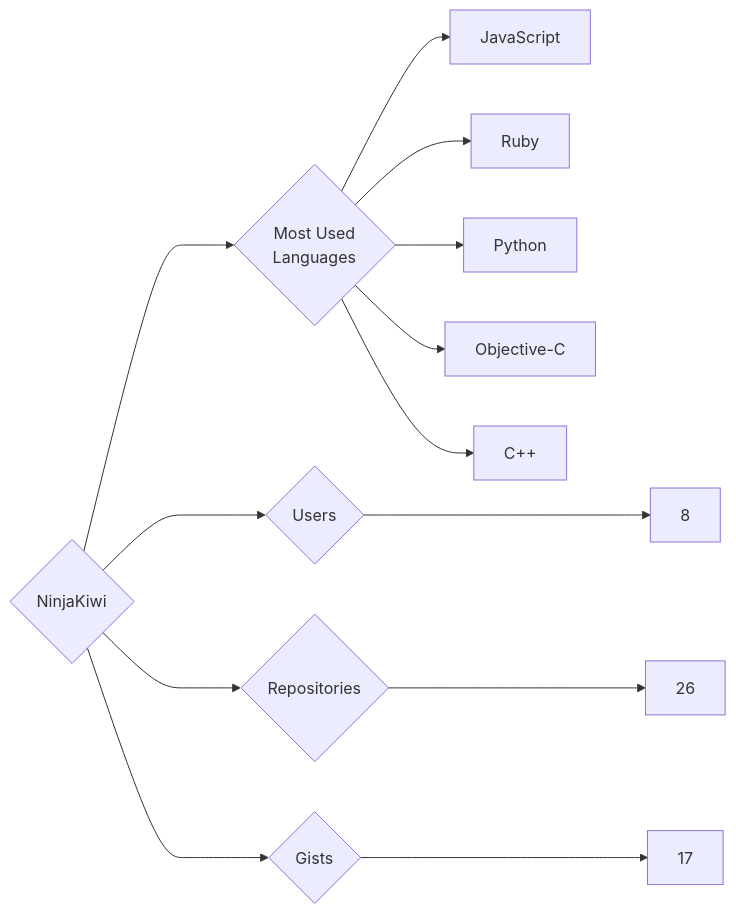
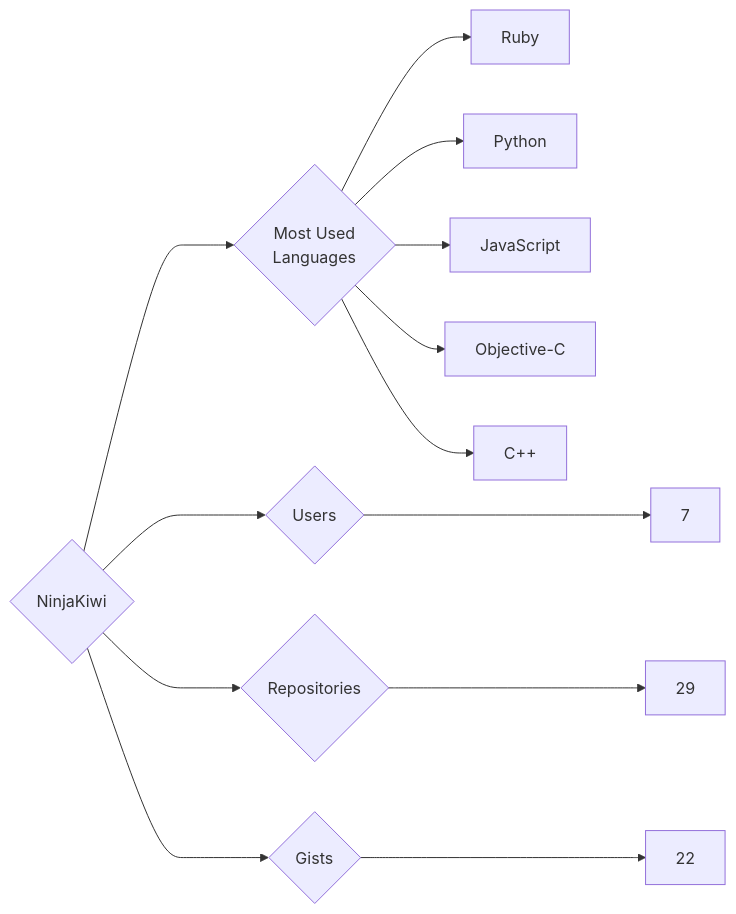
Before and after one commit to trickest/insiders: the diagram in targets/NinjaKiwi/README.md, drawn with Mermaid. The commit also changed 797 other files, not shown here.

````diff
--- a/targets/NinjaKiwi/README.md
+++ b/targets/NinjaKiwi/README.md
@@ -3,13 +3,13 @@
 ```mermaid
 graph LR
 COMPANY_NAME{NinjaKiwi}
-COMPANY_NAME ---> U{Users} ---> UN[8]
-COMPANY_NAME ---> R{Repositories} ---> RN[26]
-COMPANY_NAME ---> G{Gists} ---> GN[17]
+COMPANY_NAME ---> U{Users} ---> UN[7]
+COMPANY_NAME ---> R{Repositories} ---> RN[29]
+COMPANY_NAME ---> G{Gists} ---> GN[22]
 COMPANY_NAME ---> ML{Most Used<br>Languages}
-ML --> JavaScript[JavaScript]
 ML --> Ruby[Ruby]
 ML --> Python[Python]
+ML --> JavaScript[JavaScript]
 ML --> Objective-C[Objective-C]
 ML --> C++[C++]
 ```
````
